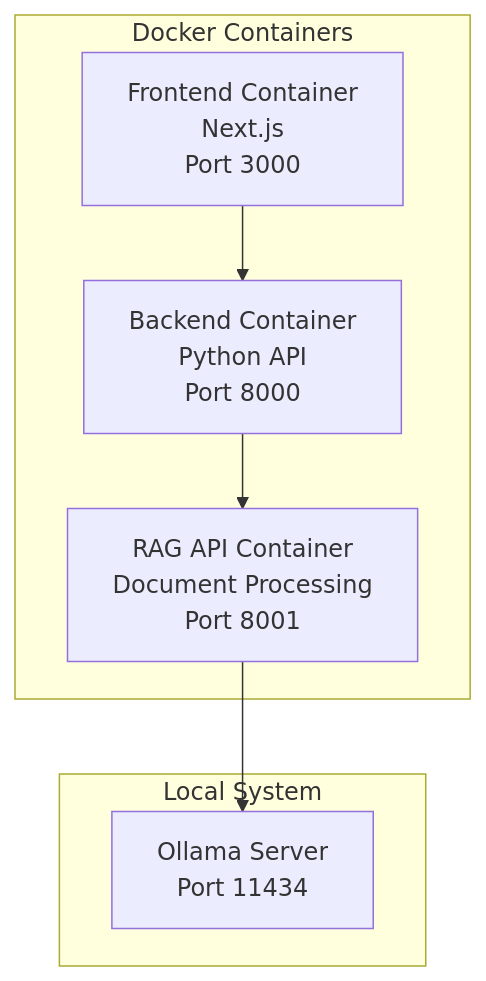
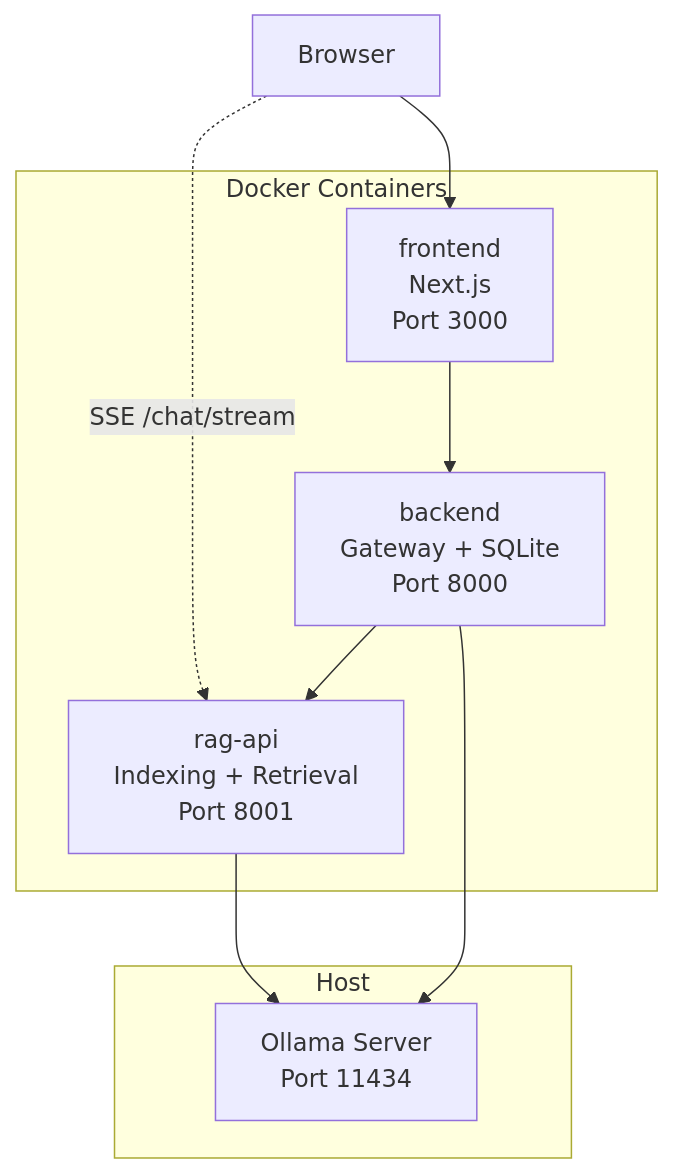
The first of 2 diagrams in Documentation/deployment_guide.md (PromtEngineer/localGPT), drawn with Mermaid before and after one commit. The commit also changed other lines of this file and 110 other files, not shown here.

````diff
--- a/Documentation/deployment_guide.md
+++ b/Documentation/deployment_guide.md
@@ -284,16 +267,19 @@
 ```mermaid
 graph TB
     subgraph "Docker Containers"
-        Frontend[Frontend Container<br/>Next.js<br/>Port 3000]
-        Backend[Backend Container<br/>Python API<br/>Port 8000]
-        RAG[RAG API Container<br/>Document Processing<br/>Port 8001]
+        Frontend[frontend<br/>Next.js<br/>Port 3000]
+        Backend[backend<br/>Gateway + SQLite<br/>Port 8000]
+        RAG[rag-api<br/>Indexing + Retrieval<br/>Port 8001]
     end
-    
-    subgraph "Local System"
+
+    subgraph "Host"
         Ollama[Ollama Server<br/>Port 11434]
     end
-    
+
+    Browser --> Frontend
+    Browser -. "SSE /chat/stream" .-> RAG
     Frontend --> Backend
     Backend --> RAG
     RAG --> Ollama
+    Backend --> Ollama
 ```
````
